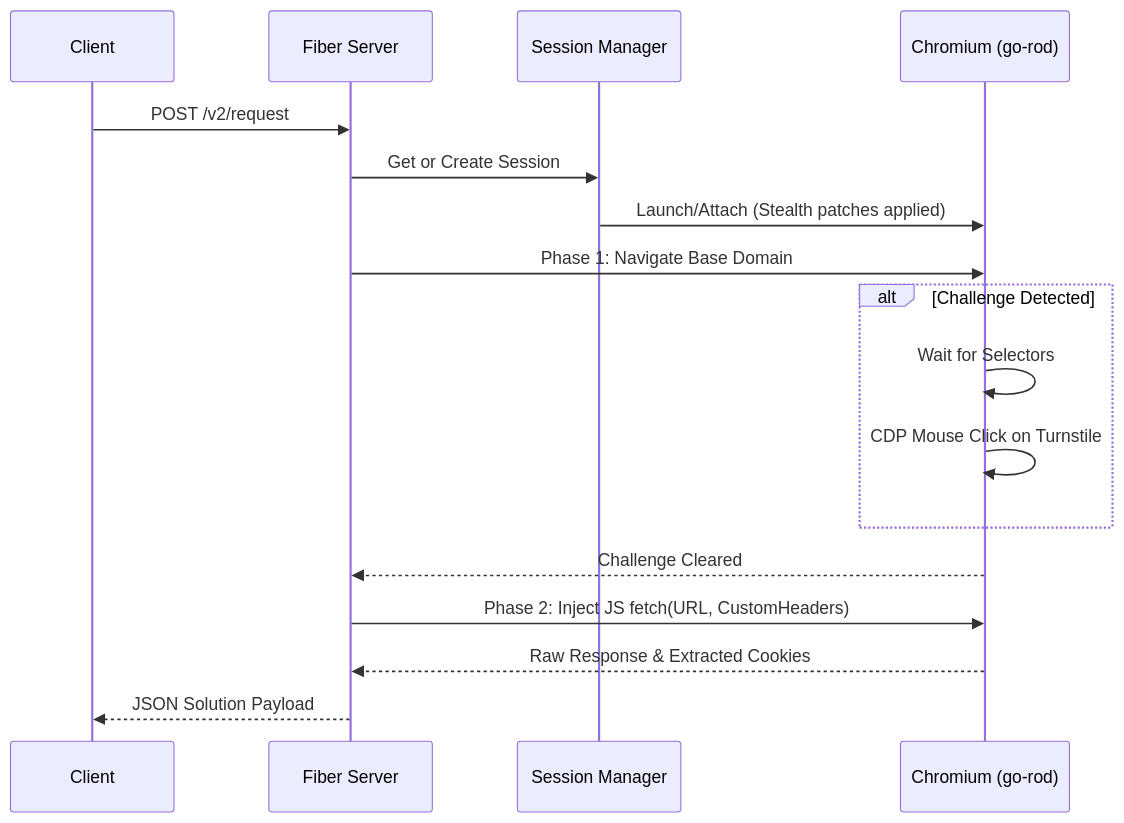
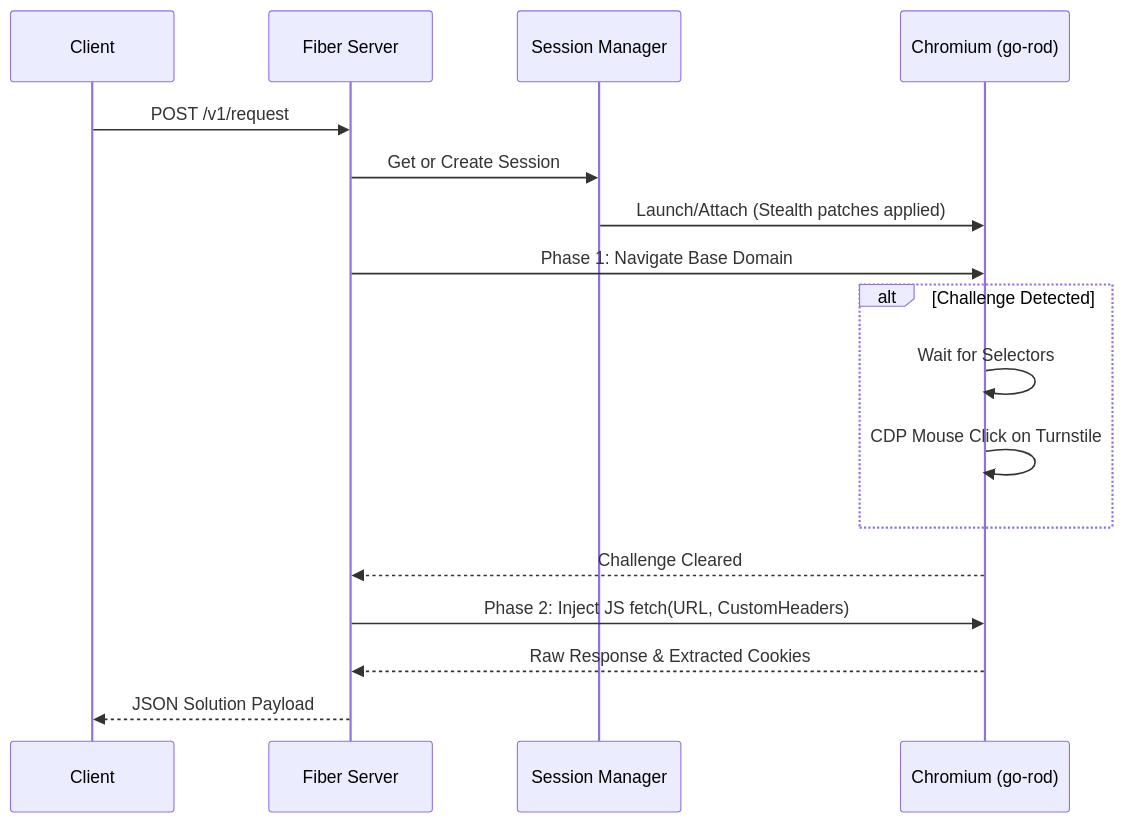
Before and after one commit to annurdien/stealth: the diagram in README.md, drawn with Mermaid. The commit also changed other lines of this file and 6 other files, not shown here.

````diff
--- a/README.md
+++ b/README.md
@@ -12,22 +12,22 @@
 ```mermaid
 sequenceDiagram
     participant Client
     participant API as Fiber Server
     participant Session as Session Manager
     participant Chrome as Chromium (go-rod)
     
-    Client->>API: POST /v2/request
+    Client->>API: POST /v1/request
     API->>Session: Get or Create Session
     Session->>Chrome: Launch/Attach (Stealth patches applied)
     API->>Chrome: Phase 1: Navigate Base Domain
     
     alt Challenge Detected
         Chrome->>Chrome: Wait for Selectors
         Chrome->>Chrome: CDP Mouse Click on Turnstile
     end
     
     Chrome-->>API: Challenge Cleared
     API->>Chrome: Phase 2: Inject JS fetch(URL, CustomHeaders)
     Chrome-->>API: Raw Response & Extracted Cookies
     API-->>Client: JSON Solution Payload
 ```
````
